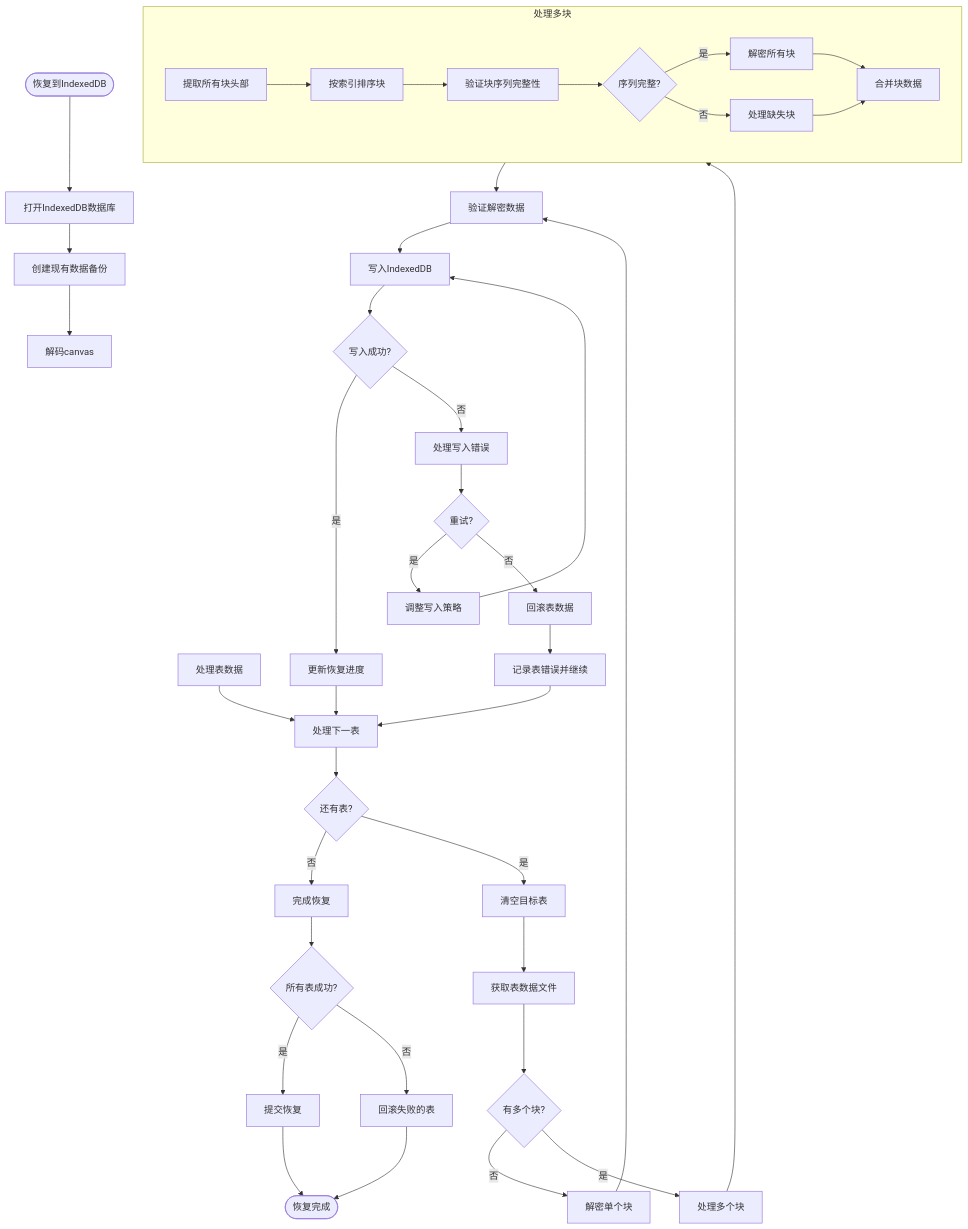
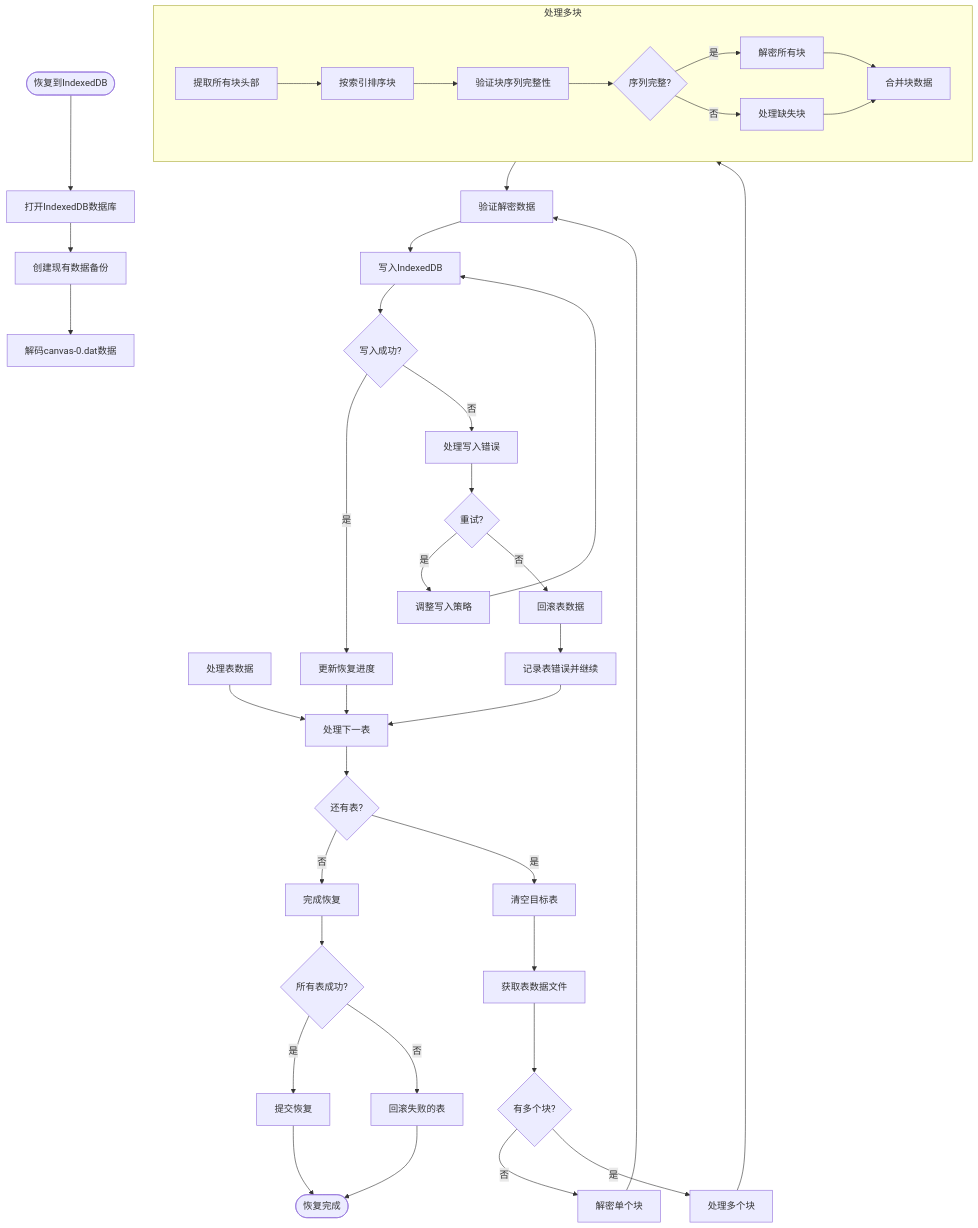
Before and after one commit to yingjianzh/iodraw-files: the diagram in all/未命名-52.md, drawn with Mermaid.

Commit message:
2025-05-09 18:28:54 update

````diff
--- a/all/未命名-52.md
+++ b/all/未命名-52.md
@@ -1,56 +1,56 @@
 ```mermaid
 flowchart TD
     Start([恢复到IndexedDB]) --> OpenDB[打开IndexedDB数据库]
     OpenDB --> CreateBackup[创建现有数据备份]
-    CreateBackup --> ProcessCanvas[解码canvas]
+    CreateBackup --> ProcessCanvas[解码canvas-0.dat数据]
     ProcessTables[处理表数据]
     
     ProcessTables --> ProcessNextTable[处理下一表]
     ProcessNextTable --> MoreTables{还有表?}
     MoreTables -->|否| FinalizeRestore[完成恢复]
     MoreTables -->|是| ClearTable[清空目标表]
     
     ClearTable --> GetTableData[获取表数据文件]
     GetTableData --> TableHasMultipleBlocks{有多个块?}
     
     TableHasMultipleBlocks -->|否| DecryptSingleBlock[解密单个块]
     TableHasMultipleBlocks -->|是| ProcessMultipleBlocks[处理多个块]
     
     subgraph MultiBlockProcess [处理多块]
         MB1[提取所有块头部] --> MB2[按索引排序块]
         MB2 --> MB3[验证块序列完整性]
         MB3 --> MB4{序列完整?}
         MB4 -->|否| MB5[处理缺失块]
         MB4 -->|是| MB6[解密所有块]
         MB6 --> MB7[合并块数据]
         MB5 --> MB7
     end
     
     ProcessMultipleBlocks --> MultiBlockProcess
     
     DecryptSingleBlock --> ValidateData[验证解密数据]
     MultiBlockProcess --> ValidateData
     
     ValidateData --> WriteToIndexedDB[写入IndexedDB]
     WriteToIndexedDB --> ValidationSuccess{写入成功?}
     
     ValidationSuccess -->|是| UpdateProgress[更新恢复进度]
     ValidationSuccess -->|否| HandleWriteError[处理写入错误]
     
     HandleWriteError --> RetryWrite{重试?}
     RetryWrite -->|是| AdjustWriteStrategy[调整写入策略]
     RetryWrite -->|否| RollbackTable[回滚表数据]
     
     AdjustWriteStrategy --> WriteToIndexedDB
     RollbackTable --> LogTableError[记录表错误并继续]
     
     UpdateProgress --> ProcessNextTable
     LogTableError --> ProcessNextTable
     
     FinalizeRestore --> AllTablesSuccess{所有表成功?}
     AllTablesSuccess -->|是| CommitRestore[提交恢复]
     AllTablesSuccess -->|否| RollbackFailed[回滚失败的表]
     
     CommitRestore --> End([恢复完成])
     RollbackFailed --> End
 ```
````
